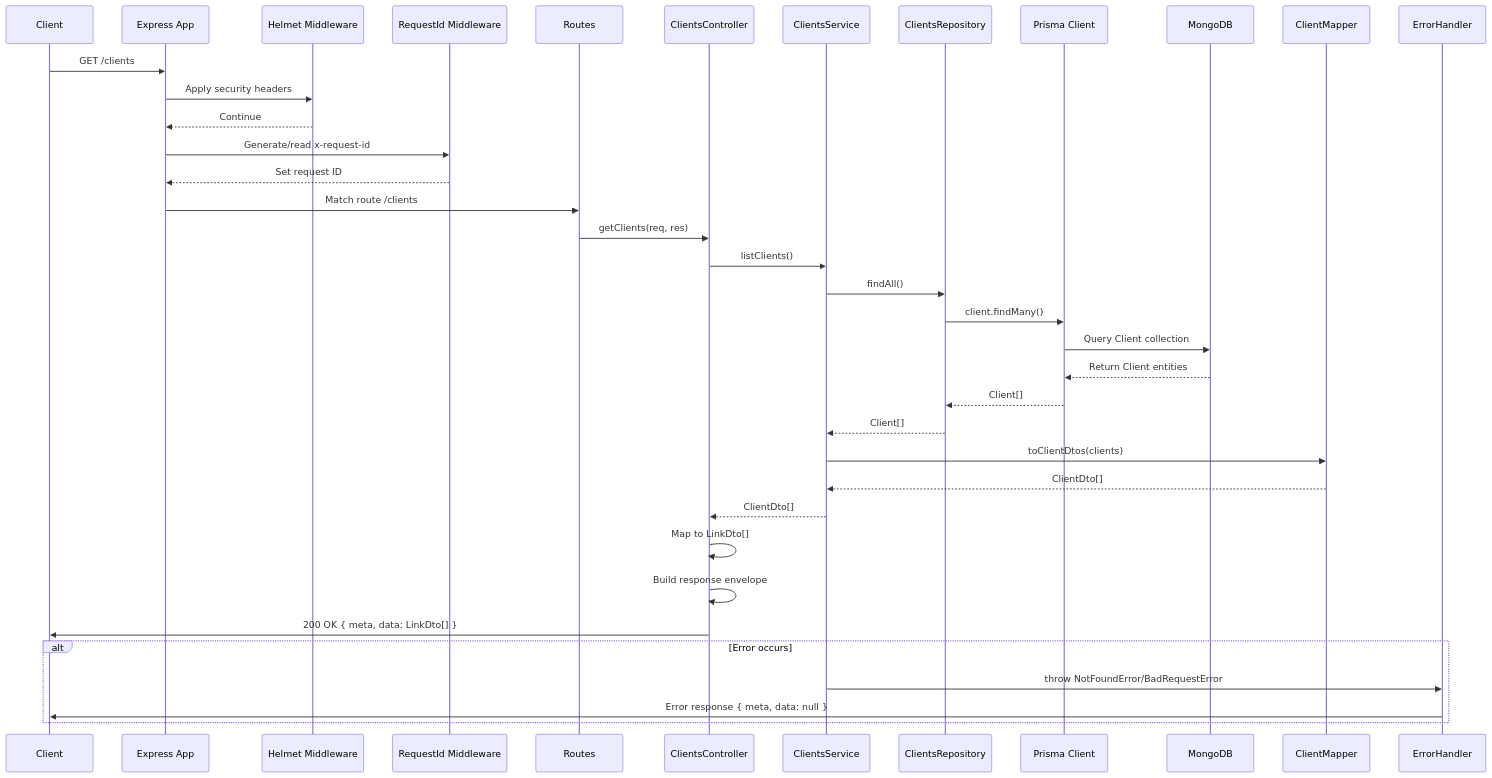
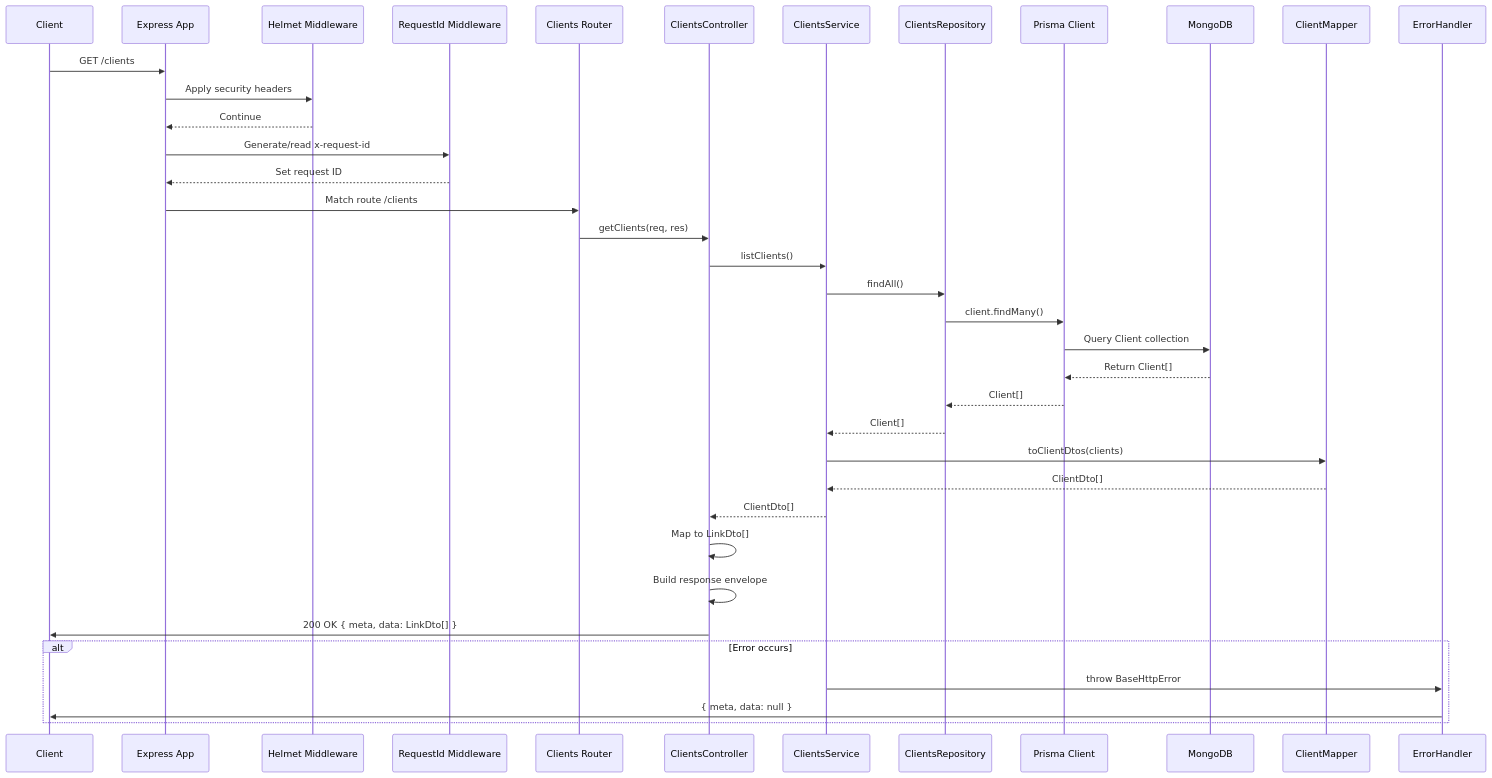
The diagram in README.md (rimmertzelle/ts-express-prisma-template-v2), drawn with Mermaid before and after one commit. The commit also changed other lines of this file, not shown here.

````diff
--- a/README.md
+++ b/README.md
@@ -65,44 +76,41 @@
 ```mermaid
 sequenceDiagram
     participant Client
     participant Express as Express App
     participant Helmet as Helmet Middleware
     participant RequestId as RequestId Middleware
-    participant Router as Routes
+    participant Router as Clients Router
     participant Controller as ClientsController
     participant Service as ClientsService
     participant Repository as ClientsRepository
     participant Prisma as Prisma Client
     participant MongoDB
     participant Mapper as ClientMapper
     participant ErrorHandler as ErrorHandler
 
     Client->>Express: GET /clients
     Express->>Helmet: Apply security headers
     Helmet-->>Express: Continue
     Express->>RequestId: Generate/read x-request-id
     RequestId-->>Express: Set request ID
     Express->>Router: Match route /clients
     Router->>Controller: getClients(req, res)
-    
     Controller->>Service: listClients()
     Service->>Repository: findAll()
     Repository->>Prisma: client.findMany()
     Prisma->>MongoDB: Query Client collection
-    MongoDB-->>Prisma: Return Client entities
+    MongoDB-->>Prisma: Return Client[]
     Prisma-->>Repository: Client[]
     Repository-->>Service: Client[]
-    
     Service->>Mapper: toClientDtos(clients)
     Mapper-->>Service: ClientDto[]
     Service-->>Controller: ClientDto[]
-    
     Controller->>Controller: Map to LinkDto[]
     Controller->>Controller: Build response envelope
     Controller->>Client: 200 OK { meta, data: LinkDto[] }
     
     alt Error occurs
-        Service->>ErrorHandler: throw NotFoundError/BadRequestError
-        ErrorHandler->>Client: Error response { meta, data: null }
+        Service->>ErrorHandler: throw BaseHttpError
+        ErrorHandler->>Client: { meta, data: null }
     end
 ```
````
